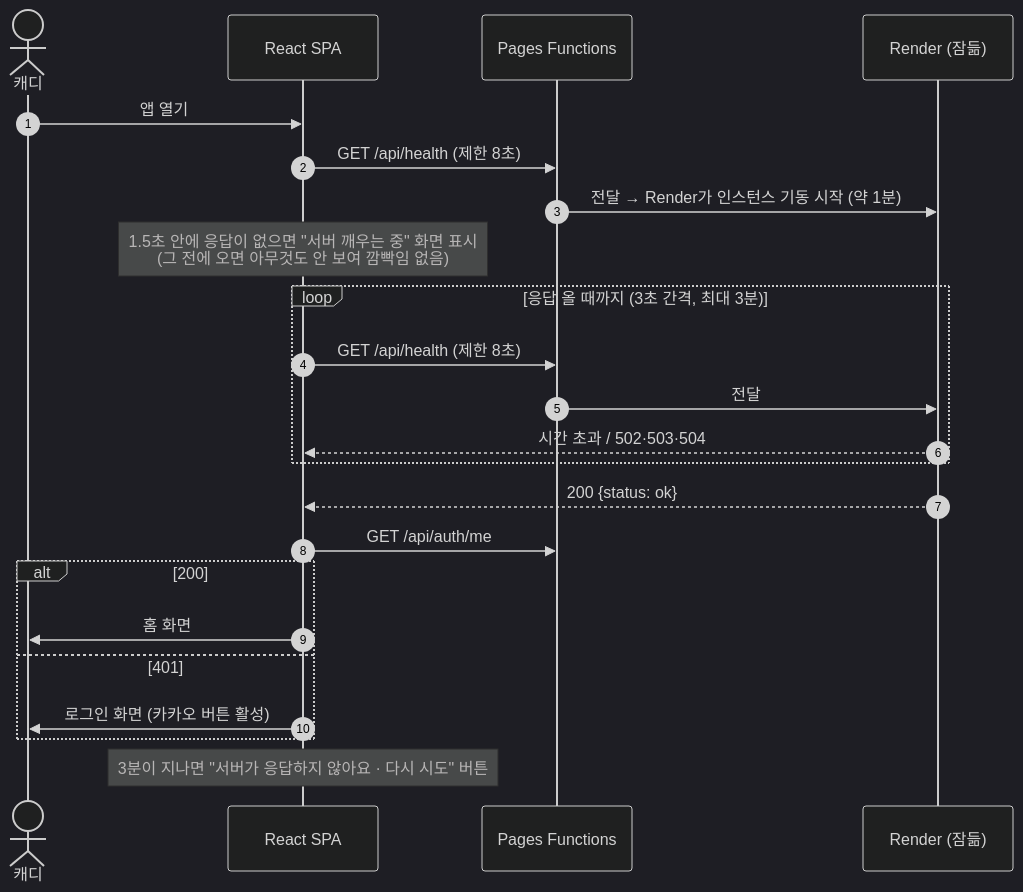
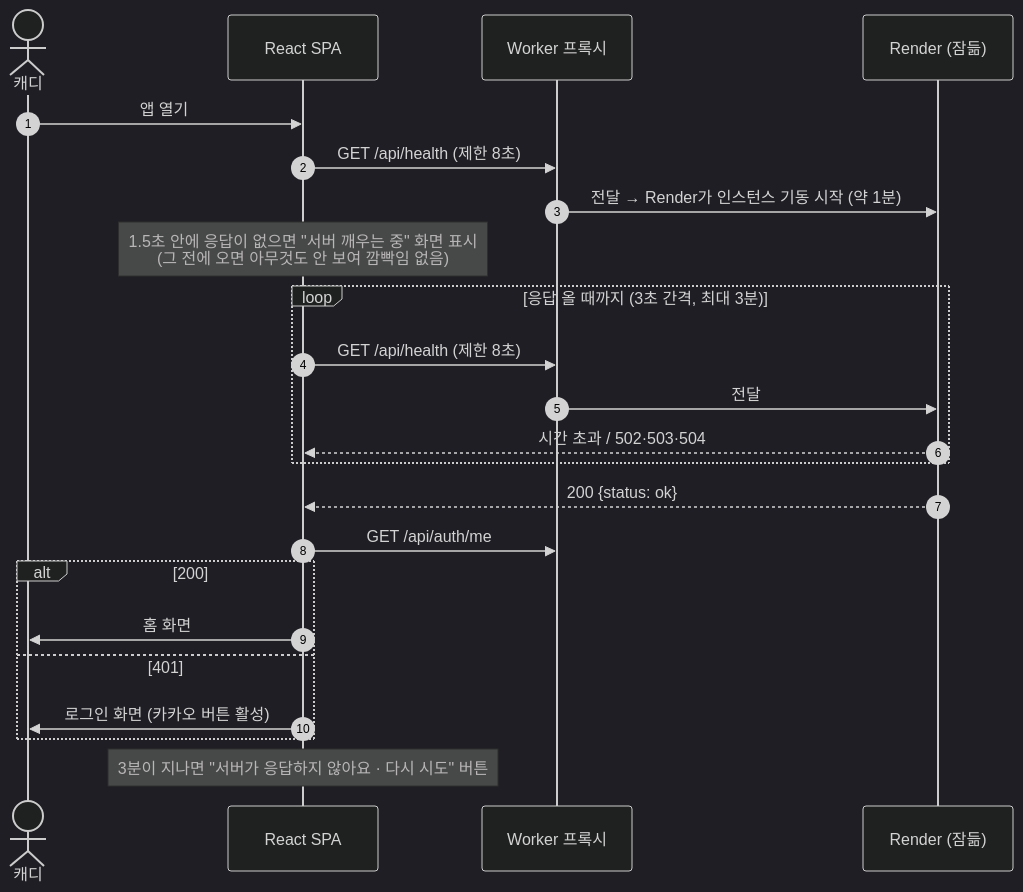
The sixth of 7 diagrams in docs/02-design/architecture.md (devHyeon99/caddy-haru), drawn with Mermaid (dark theme) before and after one commit. The commit also changed other lines of this file and 19 other files, not shown here.

First line of the commit message:
feat(web): Cloudflare Pages Functions를 Workers 정적 자산 + Worker 프록시로 전환 (ADR-0002 개정)

````diff
--- a/docs/02-design/architecture.md
+++ b/docs/02-design/architecture.md
@@ -351,26 +354,26 @@
 ```mermaid
 sequenceDiagram
   autonumber
   actor U as 캐디
   participant W as React SPA
-  participant P as Pages Functions
+  participant P as Worker 프록시
   participant R as Render (잠듦)
 
   U->>W: 앱 열기
   W->>P: GET /api/health (제한 8초)
   P->>R: 전달 → Render가 인스턴스 기동 시작 (약 1분)
   Note over W: 1.5초 안에 응답이 없으면 "서버 깨우는 중" 화면 표시<br/>(그 전에 오면 아무것도 안 보여 깜빡임 없음)
   loop 응답 올 때까지 (3초 간격, 최대 3분)
     W->>P: GET /api/health (제한 8초)
     P->>R: 전달
     R-->>W: 시간 초과 / 502·503·504
   end
   R-->>W: 200 {status: ok}
   W->>P: GET /api/auth/me
   alt 200
     W->>U: 홈 화면
   else 401
     W->>U: 로그인 화면 (카카오 버튼 활성)
   end
   Note over W: 3분이 지나면 "서버가 응답하지 않아요 · 다시 시도" 버튼
 ```
````
